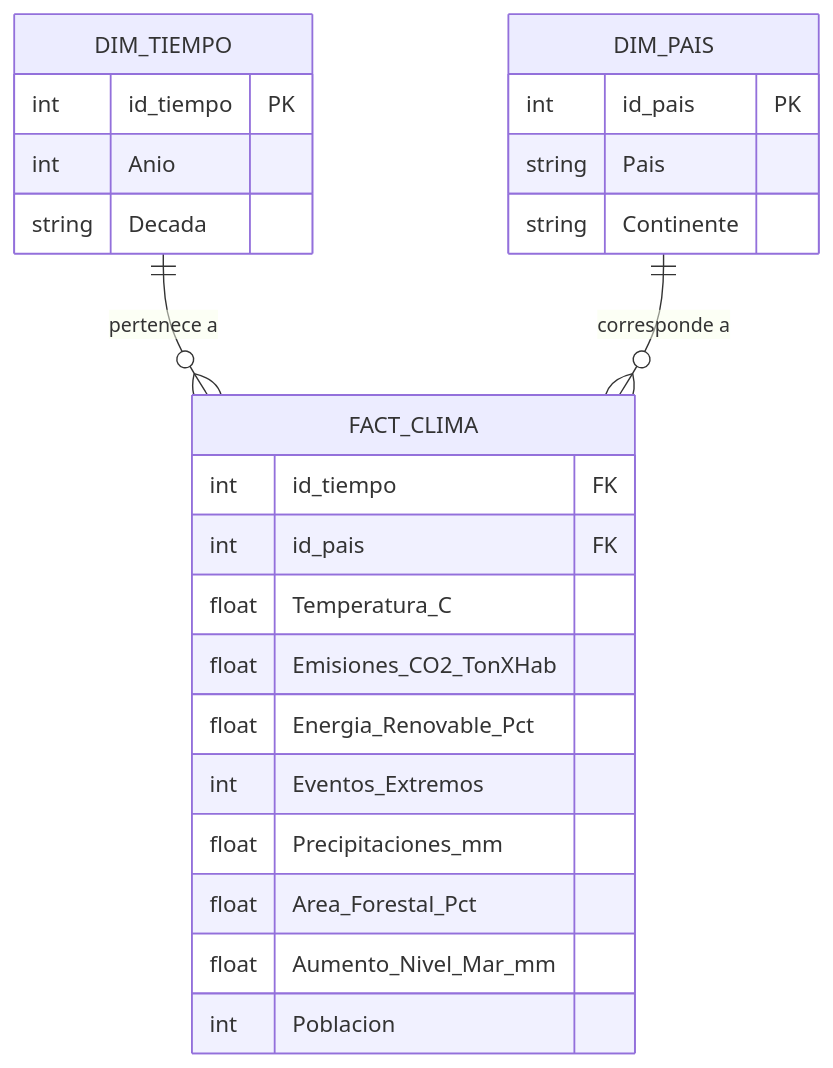
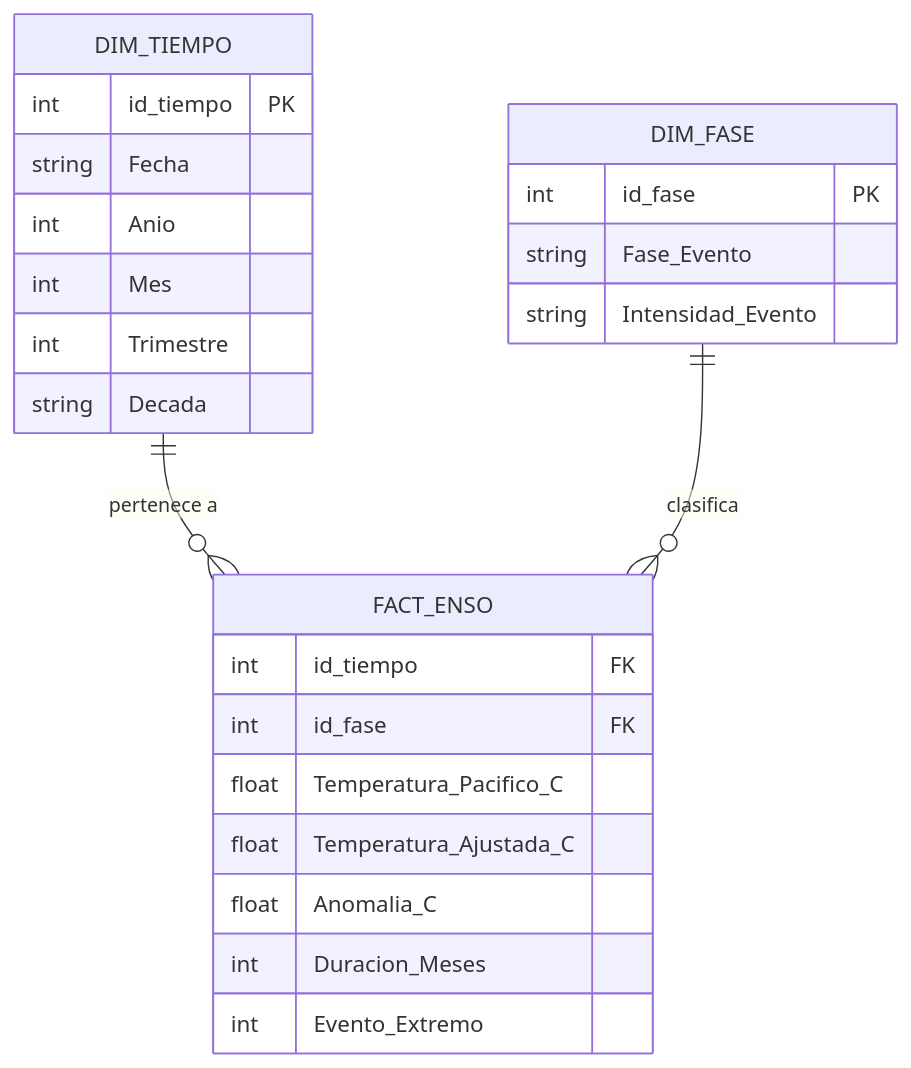
The diagram in README.md (valexq/Final_Project_DataAnalysis), drawn with Mermaid before and after one commit. The commit also changed other lines of this file and 28 other files, not shown here.

````diff
--- a/README.md
+++ b/README.md
@@ -115,30 +166,30 @@
 ```mermaid
 erDiagram
-    FACT_CLIMA {
+    FACT_ENSO {
         int id_tiempo FK
-        int id_pais FK
-        float Temperatura_C
-        float Emisiones_CO2_TonXHab
-        float Energia_Renovable_Pct
-        int Eventos_Extremos
-        float Precipitaciones_mm
-        float Area_Forestal_Pct
-        float Aumento_Nivel_Mar_mm
-        int Poblacion
+        int id_fase FK
+        float Temperatura_Pacifico_C
+        float Temperatura_Ajustada_C
+        float Anomalia_C
+        int   Duracion_Meses
+        int   Evento_Extremo
     }
 
     DIM_TIEMPO {
-        int id_tiempo PK
-        int Anio
+        int    id_tiempo PK
+        string Fecha
+        int    Anio
+        int    Mes
+        int    Trimestre
         string Decada
     }
 
-    DIM_PAIS {
-        int id_pais PK
-        string Pais
-        string Continente
+    DIM_FASE {
+        int    id_fase PK
+        string Fase_Evento
+        string Intensidad_Evento
     }
 
-    DIM_TIEMPO ||--o{ FACT_CLIMA : "pertenece a"
-    DIM_PAIS ||--o{ FACT_CLIMA : "corresponde a"
+    DIM_TIEMPO ||--o{ FACT_ENSO : "pertenece a"
+    DIM_FASE   ||--o{ FACT_ENSO : "clasifica"
 ```
````
